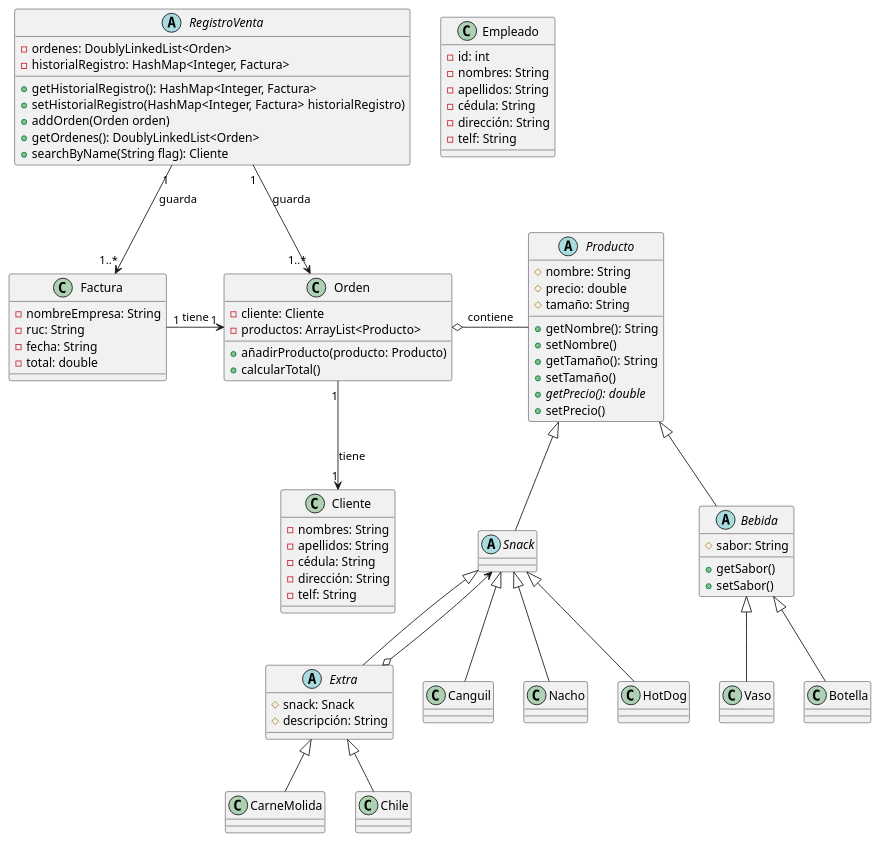
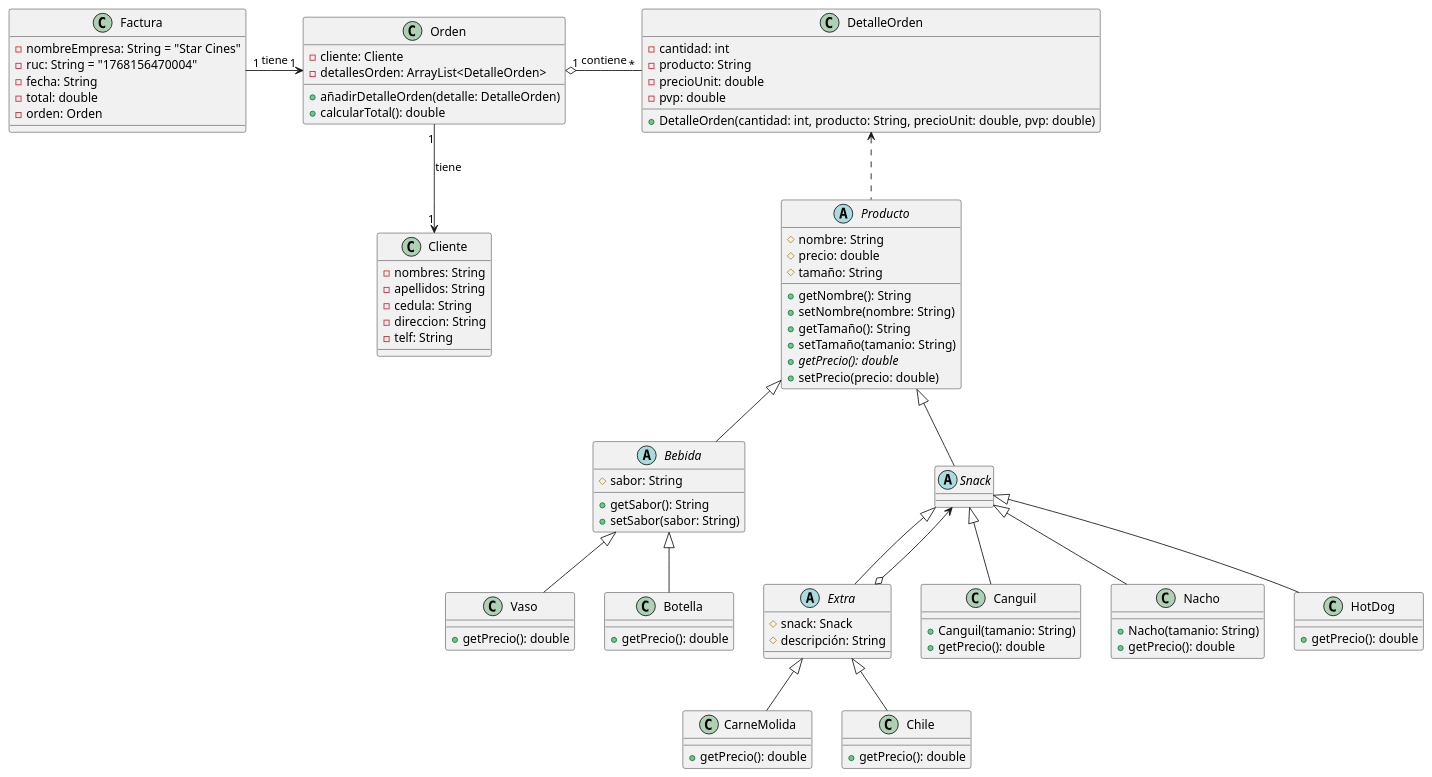
One commit to CroodcekDeep/Sistema-Cine changed the diagram in src/UML/Cinema.puml. Above: the diagram before and after it, drawn with PlantUML.

Commit message:
feat: Update UML Class diagram
Se agregaron todos los métodos y atributos de las clases (algunos comentados) y se modificaron algunas relaciones para que tenga concordancia con la  implementación

```diff
--- a/src/UML/Cinema.puml
+++ b/src/UML/Cinema.puml
@@ -1,134 +1,158 @@
 @startuml
 'https://plantuml.com/class-diagram
-
-abstract class RegistroVenta{
-    -ordenes: DoublyLinkedList<Orden>
-    -historialRegistro: HashMap<Integer, Factura>
-
-    +getHistorialRegistro(): HashMap<Integer, Factura>
-    +setHistorialRegistro(HashMap<Integer, Factura> historialRegistro)
-    +addOrden(Orden orden)
-    +getOrdenes(): DoublyLinkedList<Orden>
-    +searchByName(String flag): Cliente
-}
 
 class Cliente {
     -nombres: String
     -apellidos: String
-    -cédula: String
-    -dirección: String
+    -cedula: String
+    -direccion: String
     -telf: String
-    '+getNombres()
-    '+setNombres()
-    '+getApellidos()
-    '+setApellidos()
-    '+getCédula()
-    '+setCédula()
-    '+getDirección()
-    '+setDirección()
-    '+getTelf()
-    '+setTelf()
-}
-
-class Empleado{
-    -id: int
-    -nombres: String
-    -apellidos: String
-    -cédula: String
-    -dirección: String
-    -telf: String
-    '+getId()
-    '+setId()
-    '+getNombres()
-    '+setNombres()
-    '+getApellidos()
-    '+setApellidos()
-    '+getCédula()
-    '+setCédula()
-    '+getDirección()
-    '+setDirección()
-    '+getTelf()
-    '+setTelf()
+    '+Cliente(nombres: String, apellidos: String, cedula: String, direccion: String, telefono: String)
+    '+getNombres(): String
+    '+setNombres(nombres: String)
+    '+getApellidos(): String
+    '+setApellidos(apellidos: String)
+    '+getCédula(): String
+    '+setCédula(cedula: String)
+    '+getDirección(): String
+    '+setDirección(direccion: String)
+    '+getTelf(): String
+    '+setTelf(telf: String)
+    'toString(): String
 }
 
 class Factura{
-    -nombreEmpresa: String
-    -ruc: String
+    -nombreEmpresa: String = "Star Cines"
+    -ruc: String = "1768156470004"
     -fecha: String
     -total: double
+    -orden: Orden
+    '+Factura(orden: Orden)
+    '+getFecha(): String
+    '+setFecha(fecha: String)
+    '+getTotal(): double
+    '+setTotal(total: double)
+    '+getRuc(): String
+    '+setRuc(ruc: String)
+    '+getOrden(): Orden
+    '+setOrden(orden: Orden)
+    '+getNombreEmpresa(): String
+    '+setNombreEmpresa(nombreEmpresa: String)
+    '+toString(): String
 }
 
 class Orden {
     -cliente: Cliente
-    -productos: ArrayList<Producto>
+    -detallesOrden: ArrayList<DetalleOrden>
+    '+Orden(cliente: Cliente)
+    '+getDetallesOrden(): ArrayList<DetalleOrden>
+    '+setDetallesOrden(detallesOrden: ArrayList<DetalleOrden>)
+    '+getCliente(): Cliente
+    '+setCliente(cliente: Cliente)
+    +añadirDetalleOrden(detalle: DetalleOrden)
+    +calcularTotal(): double
+    '+toString(): String
+}
 
-    +añadirProducto(producto: Producto)
-    +calcularTotal()
+class DetalleOrden {
+    -cantidad: int
+    -producto: String
+    -precioUnit: double
+    -pvp: double
+    +DetalleOrden(cantidad: int, producto: String, precioUnit: double, pvp: double)
+    '+toString(): String
 }
 
 ' Comprar Comida
 abstract class Producto{
     #nombre: String
     #precio: double
     #tamaño: String
 
     +getNombre(): String
-    +setNombre()
+    +setNombre(nombre: String)
     +getTamaño(): String
-    +setTamaño()
+    +setTamaño(tamanio: String)
     +getPrecio(): double {abstract}
-    +setPrecio()
+    +setPrecio(precio: double)
+    '+toString(): String
 }
 
 abstract class Bebida{
     #sabor: String
 
-    +getSabor()
-    +setSabor()
+    +getSabor(): String
+    +setSabor(sabor: String)
 }
 
 abstract class Snack {
 
 }
 
 abstract class Extra{
     #snack: Snack
     #descripción: String
+
+    '+toString(): String
 }
 
 class Canguil{
-    '+precio(): double
+    +Canguil(tamanio: String)
+    +getPrecio(): double
 }
 
 class Nacho{
-    '+precio(): double
+    +Nacho(tamanio: String)
+    +getPrecio(): double
 }
 
 class HotDog{
-    '+precio(): double
+    '+HotDog()
+    +getPrecio(): double
+}
+
+class Vaso {
+    '+Vaso(tamanio: String, sabor: String)
+    +getPrecio(): double
+    '+toString(): String
+}
+
+class Botella {
+    '+Botella(sabor: String)
+    +getPrecio(): double
+    '+toString(): String
+}
+
+class CarneMolida {
+    '+CarneMolida(snack: Snack)
+    +getPrecio(): double
+}
+
+class Chile {
+    '+Chile(snack: Snack)
+    +getPrecio(): double
 }
 
 ' Patrón de Diseño -> Decorator
-Orden o- Producto: contiene
+Orden "1" o- "*" DetalleOrden: contiene
 
 Factura "1"->"1" Orden: tiene
 
 Producto <|-- Snack
 Producto <|-- Bebida
 
 Snack <|-- Extra
 Snack <--o Extra
 Snack <|-- Nacho
 Snack <|-- HotDog
 Snack <|-- Canguil
 Extra <|-- CarneMolida
 Extra <|-- Chile
 
 Bebida <|-- Vaso
 Bebida <|-- Botella
 
+DetalleOrden <.. Producto
+
 Orden "1"-->"1" Cliente: tiene
-RegistroVenta "1"-->"1..*" Orden: guarda
-RegistroVenta "1"-->"1..*" Factura: guarda
-
 @enduml
```
